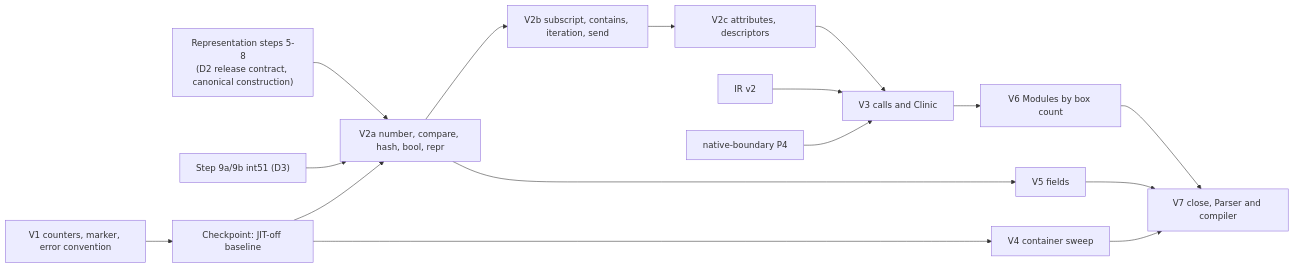
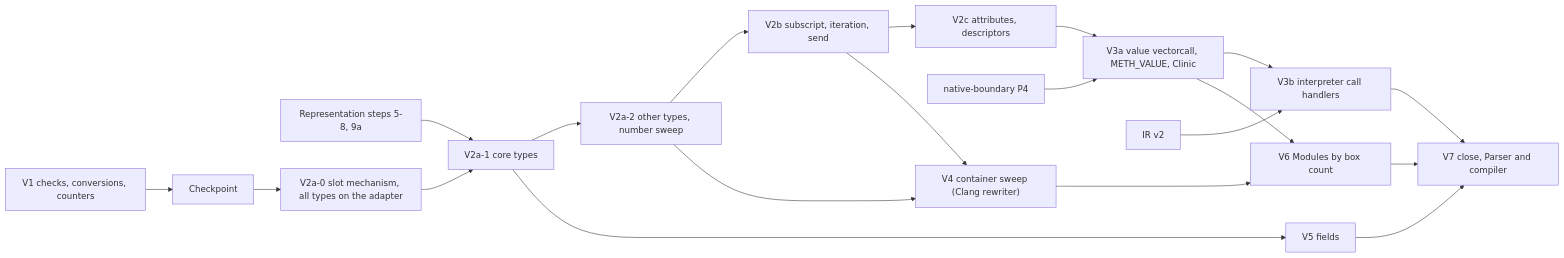
One commit to rjpower/cpython changed the second of 2 diagrams in pyjit/design/value-api.md. Above: the diagram before and after it, drawn with Mermaid. The commit also changed other lines of this file and 1 other file, not shown here.

First line of the commit message:
Revise the value API design after review 1

````diff
--- a/pyjit/design/value-api.md
+++ b/pyjit/design/value-api.md
@@ -676,16 +795,19 @@
 ```mermaid
 flowchart LR
-    R8["Representation steps 5-8<br/>(D2 release contract, canonical construction)"] --> V2a
-    R9["Step 9a/9b int51 (D3)"] --> V2a
-    V1["V1 counters, marker, error convention"] --> C["Checkpoint: JIT-off baseline"]
-    C --> V2a["V2a number, compare, hash, bool, repr"] --> V2b["V2b subscript, contains, iteration, send"] --> V2c["V2c attributes, descriptors"]
-    IR["IR v2"] --> V3["V3 calls and Clinic"]
-    P4["native-boundary P4"] --> V3
-    V2c --> V3
-    C --> V4["V4 container sweep"]
-    V2a --> V5["V5 fields"]
-    V3 --> V6["V6 Modules by box count"]
-    V4 --> V7["V7 close, Parser and compiler"]
+    R8["Representation steps 5-8, 9a"] --> V2a1
+    V1["V1 checks, conversions, counters"] --> C["Checkpoint"]
+    C --> V2a0["V2a-0 slot mechanism, all types on the adapter"] --> V2a1["V2a-1 core types"] --> V2a2["V2a-2 other types, number sweep"]
+    V2a2 --> V2b["V2b subscript, iteration, send"] --> V2c["V2c attributes, descriptors"]
+    V2c --> V3a["V3a value vectorcall, METH_VALUE, Clinic"]
+    P4["native-boundary P4"] --> V3a
+    V3a --> V3b["V3b interpreter call handlers"]
+    IR["IR v2"] --> V3b
+    V2a2 --> V4["V4 container sweep (Clang rewriter)"]
+    V2b --> V4
+    V2a1 --> V5["V5 fields"]
+    V3a --> V6["V6 Modules by box count"]
+    V4 --> V6
+    V3b --> V7["V7 close, Parser and compiler"]
     V5 --> V7
     V6 --> V7
 ```
````
